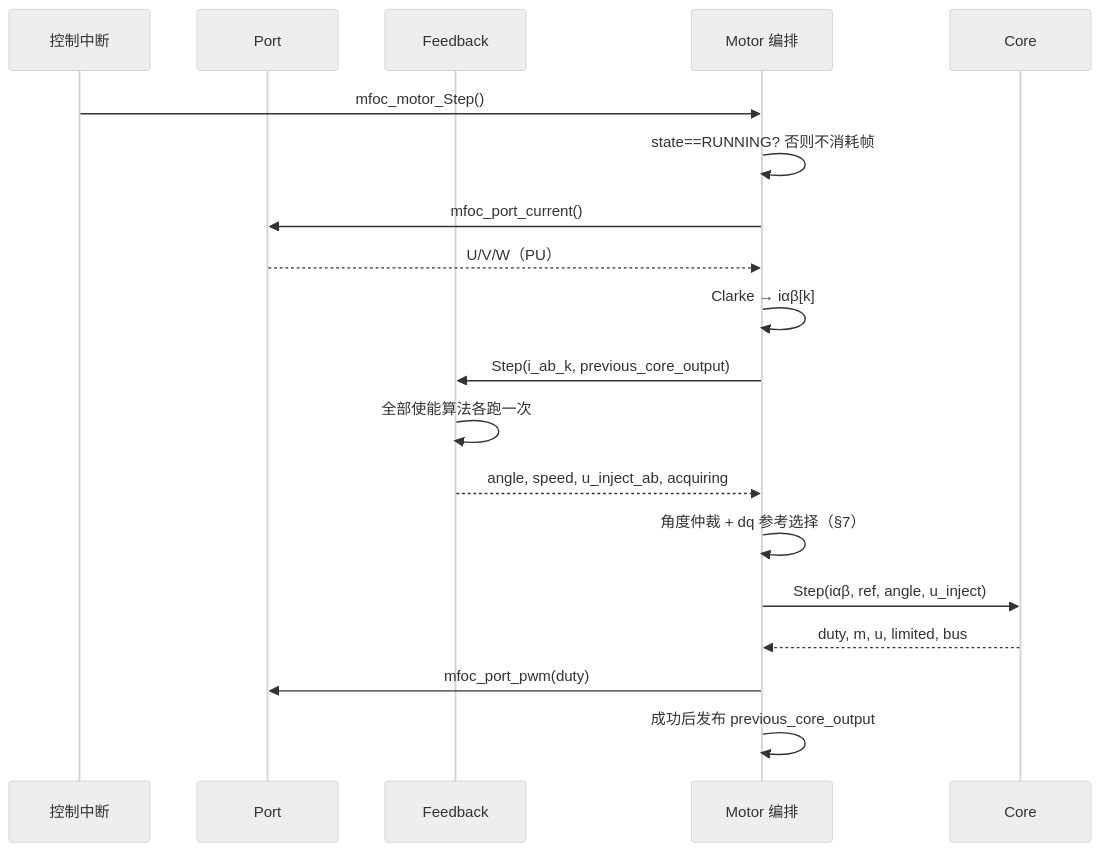
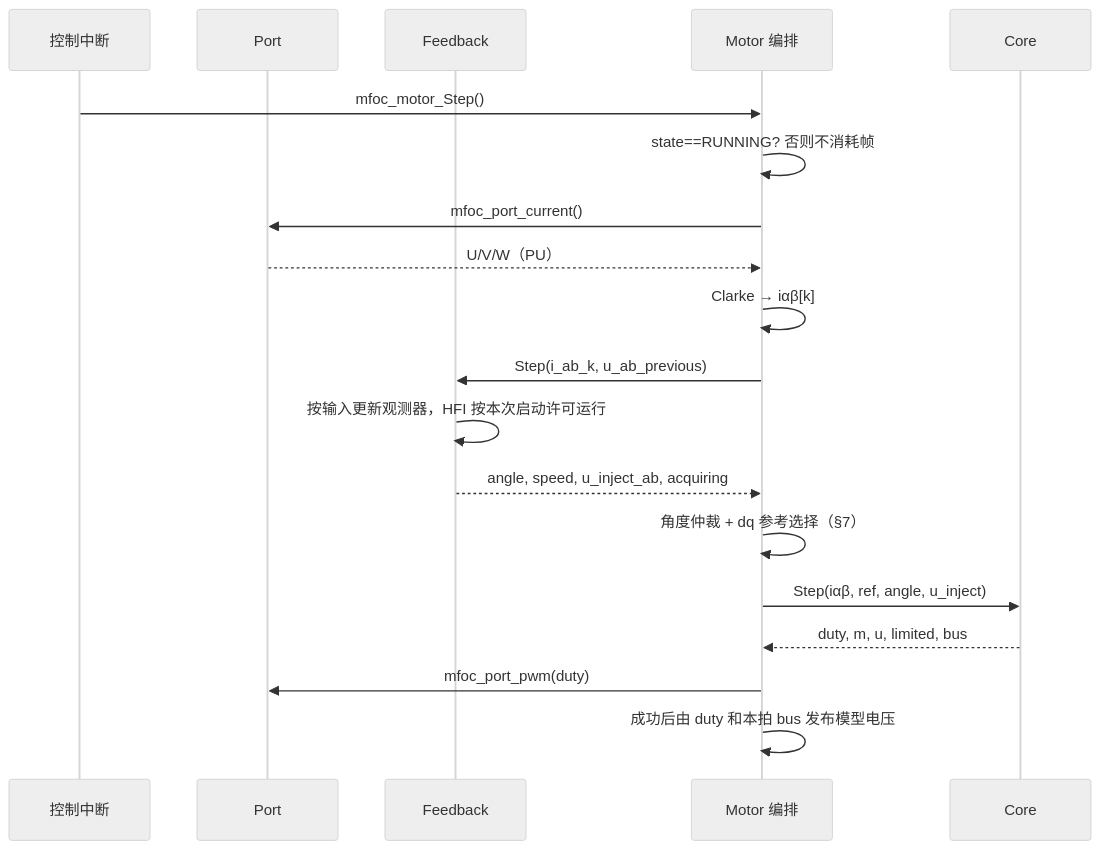
The second of 3 diagrams in mfoc/docs/framework.md (wyxun/modus_template), drawn with Mermaid (neutral theme) before and after one commit. The commit also changed other lines of this file and 87 other files, not shown here.

````diff
--- a/mfoc/docs/framework.md
+++ b/mfoc/docs/framework.md
@@ -316,22 +330,22 @@
 ```mermaid
 sequenceDiagram
     participant ISR as 控制中断
     participant P as Port
     participant F as Feedback
     participant M as Motor 编排
     participant C as Core
 
     ISR->>M: mfoc_motor_Step()
     M->>M: state==RUNNING? 否则不消耗帧
     M->>P: mfoc_port_current()
     P-->>M: U/V/W（PU）
     M->>M: Clarke → iαβ[k]
-    M->>F: Step(i_ab_k, previous_core_output)
-    F->>F: 全部使能算法各跑一次
+    M->>F: Step(i_ab_k, u_ab_previous)
+    F->>F: 按输入更新观测器，HFI 按本次启动许可运行
     F-->>M: angle, speed, u_inject_ab, acquiring
     M->>M: 角度仲裁 + dq 参考选择（§7）
     M->>C: Step(iαβ, ref, angle, u_inject)
     C-->>M: duty, m, u, limited, bus
     M->>P: mfoc_port_pwm(duty)
-    M->>M: 成功后发布 previous_core_output
+    M->>M: 成功后由 duty 和本拍 bus 发布模型电压
 ```
````
